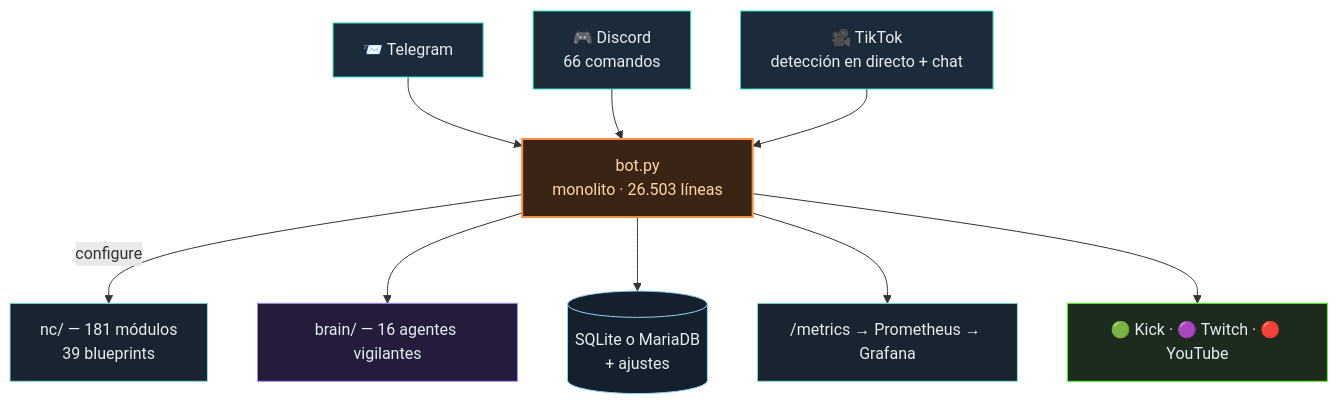
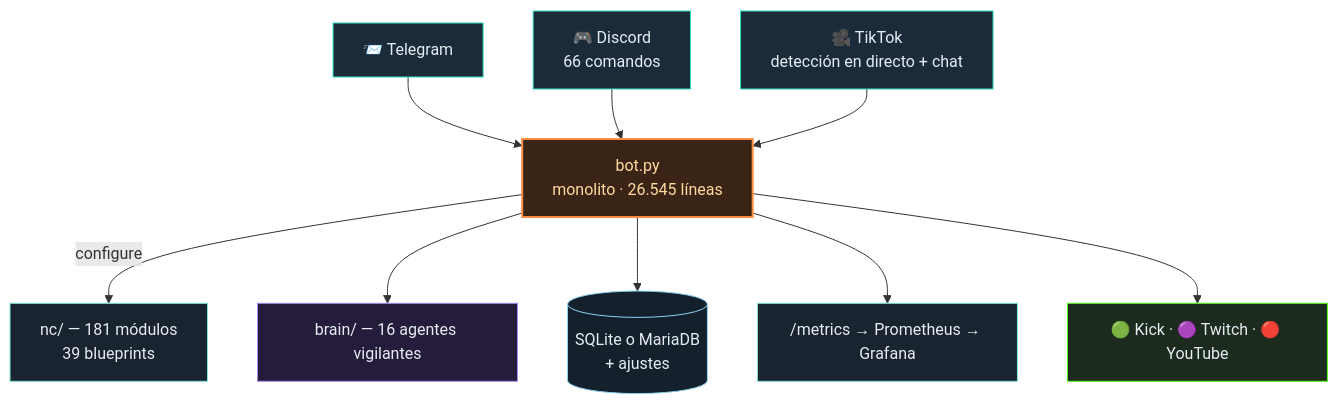
The diagram in README.es.md (itsamemedev/Telegram-Stream-Info-Bot), drawn with Mermaid before and after one commit. The commit also changed other lines of this file and 14 other files, not shown here.

````diff
--- a/README.es.md
+++ b/README.es.md
@@ -64,18 +64,18 @@
 ```mermaid
 flowchart TB
     TG["📨 Telegram"]:::ein --> BOT
     DC["🎮 Discord<br/>66 comandos"]:::ein --> BOT
     TT["🎥 TikTok<br/>detección en directo + chat"]:::ein --> BOT
-    BOT["bot.py<br/>monolito · 26.503 líneas"]:::core
+    BOT["bot.py<br/>monolito · 26.545 líneas"]:::core
     BOT -->|configure| NC["nc/ — 181 módulos<br/>39 blueprints"]:::lib
     BOT --> BRAIN["brain/ — 16 agentes vigilantes"]:::brain
     BOT --> DB[("SQLite o MariaDB<br/>+ ajustes")]:::db
     BOT --> PROM["/metrics → Prometheus → Grafana"]:::lib
     BOT --> OUT["🟢 Kick · 🟣 Twitch · 🔴 YouTube"]:::out
     classDef ein fill:#1c2b3a,stroke:#2de1c2,color:#e6edf3
     classDef core fill:#3a2415,stroke:#ff8c42,stroke-width:2px,color:#ffd9a0
     classDef lib fill:#1a2430,stroke:#7fe7d4,color:#e6edf3
     classDef brain fill:#241c3a,stroke:#a78bfa,color:#e6edf3
     classDef db fill:#14202c,stroke:#8fd3f4,color:#e6edf3
     classDef out fill:#1c2b1e,stroke:#53fc18,color:#e6edf3
 ```
````
